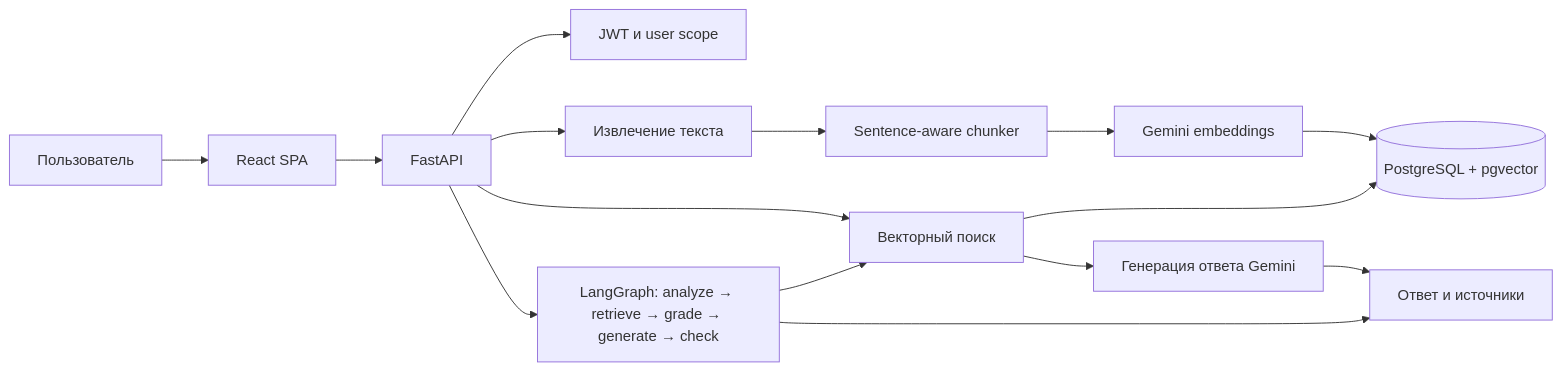
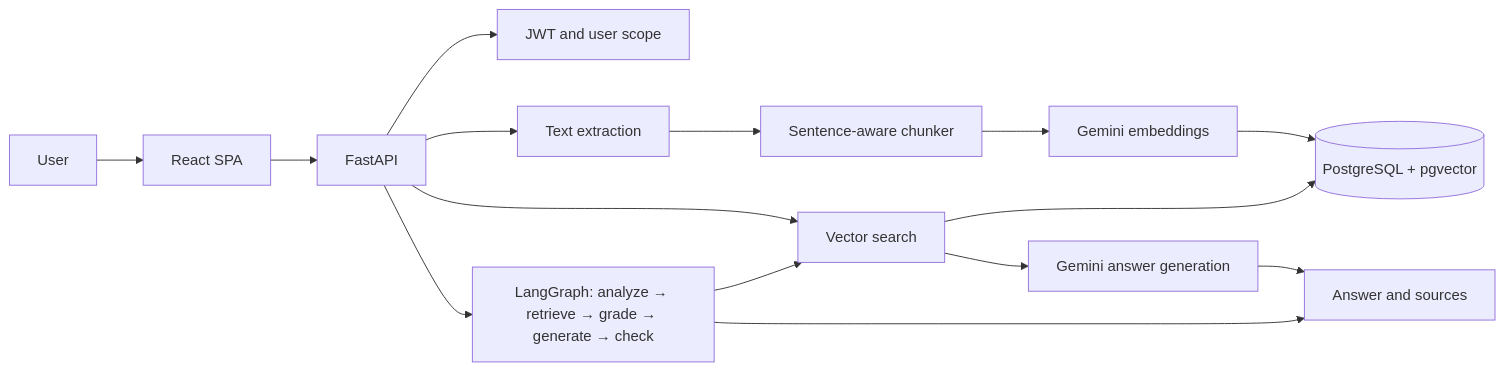
One commit to Oralbaev/docmind-ai changed the diagram in README.md. Above: the diagram before and after it, drawn with Mermaid. The commit also changed other lines of this file, not shown here.

````diff
--- a/README.md
+++ b/README.md
@@ -21,17 +22,17 @@
 ```mermaid
 flowchart LR
-    U[Пользователь] --> UI[React SPA]
+    U[User] --> UI[React SPA]
     UI --> API[FastAPI]
-    API --> AUTH[JWT и user scope]
-    API --> PARSE[Извлечение текста]
+    API --> AUTH[JWT and user scope]
+    API --> PARSE[Text extraction]
     PARSE --> CHUNK[Sentence-aware chunker]
     CHUNK --> EMB[Gemini embeddings]
     EMB --> DB[(PostgreSQL + pgvector)]
-    API --> SEARCH[Векторный поиск]
+    API --> SEARCH[Vector search]
     SEARCH --> DB
-    SEARCH --> RAG[Генерация ответа Gemini]
-    RAG --> SRC[Ответ и источники]
+    SEARCH --> RAG[Gemini answer generation]
+    RAG --> SRC[Answer and sources]
     API --> AGENT[LangGraph: analyze → retrieve → grade → generate → check]
     AGENT --> SEARCH
     AGENT --> SRC
 ```
````
